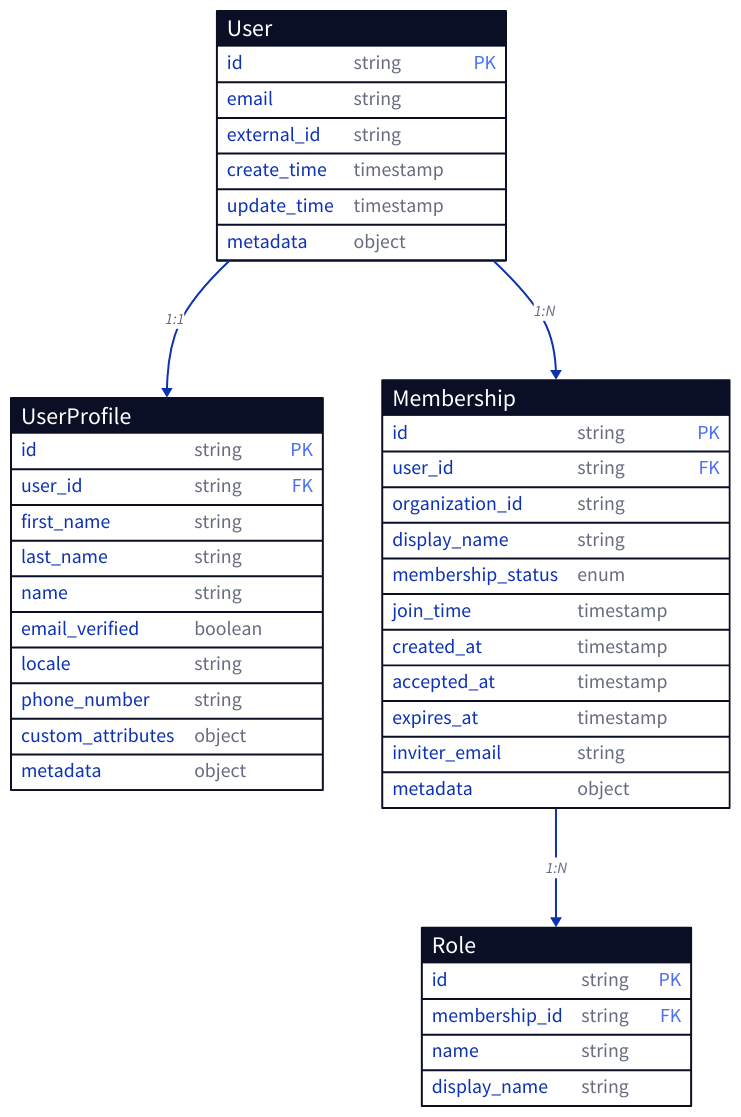
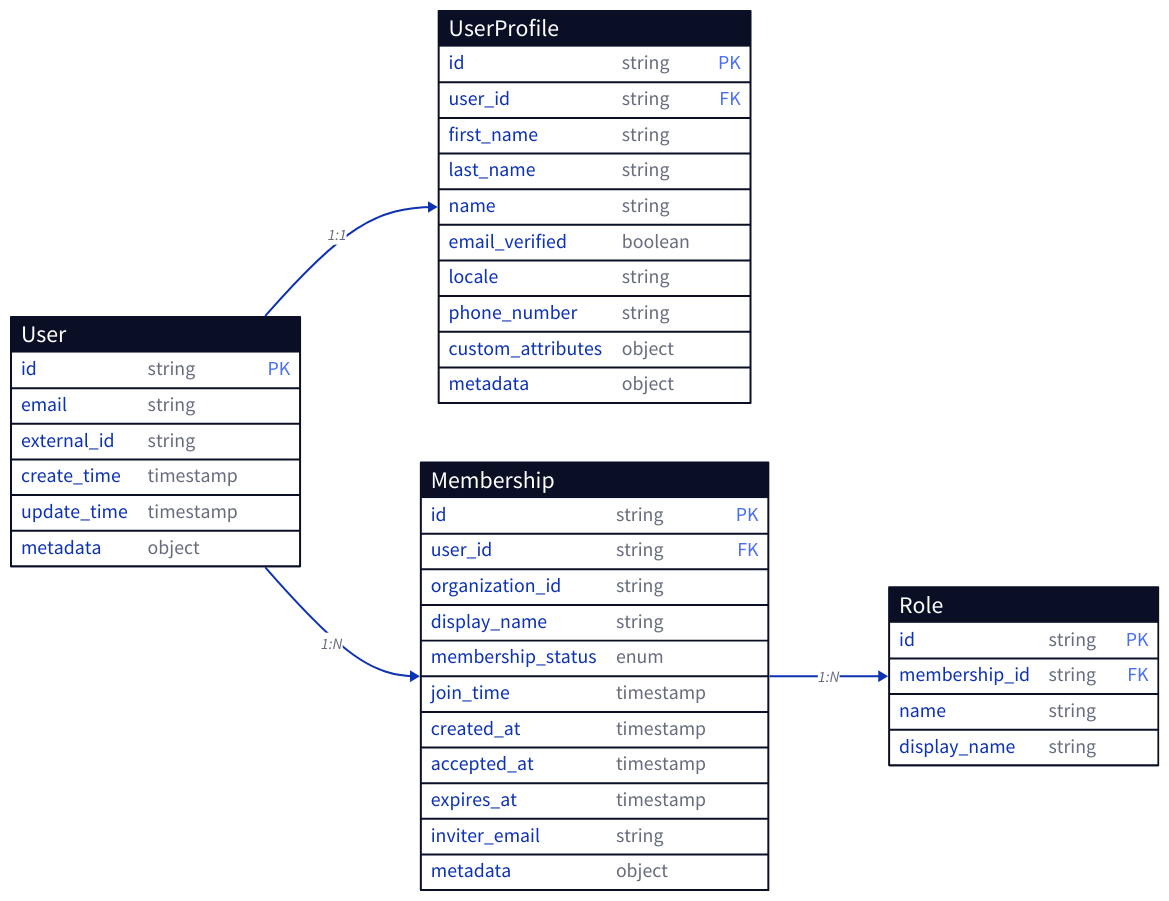
One commit to scalekit-inc/developer-docs changed the diagram in src/content/docs/fsa/guides/manage-users.mdx. Above: the diagram before and after it, drawn with D2. The commit also changed other lines of this file and 14 other files, not shown here.

Commit message:
chore: update SVG diagrams for user management and authentication flow, improving titles and layout for better clarity and consistency across guides

````diff
--- a/src/content/docs/fsa/guides/manage-users.mdx
+++ b/src/content/docs/fsa/guides/manage-users.mdx
@@ -34,65 +36,66 @@
 ```d2
+direction: right;
 
 User: {
   shape: sql_table
   id: string {constraint: PK}
   email: string
   external_id: string
   create_time: timestamp
   update_time: timestamp
   metadata: object
 }
 
 UserProfile: {
   shape: sql_table
   id: string {constraint: PK}
   user_id: string {constraint: FK}
   first_name: string
   last_name: string
   name: string
   email_verified: boolean
   locale: string
   phone_number: string
   custom_attributes: object
   metadata: object
 }
 
 Membership: {
   shape: sql_table
   id: string {constraint: PK}
   user_id: string {constraint: FK}
   organization_id: string
   display_name: string
   membership_status: enum
   join_time: timestamp
   created_at: timestamp
   accepted_at: timestamp
   expires_at: timestamp
   inviter_email: string
   metadata: object
 }
 
 Role: {
   shape: sql_table
   id: string {constraint: PK}
   membership_id: string {constraint: FK}
   name: string
   display_name: string
 }
 
 # Relationships
 User.id -> UserProfile.user_id: {
   label: "1:1"
   tooltip: "Each user has one profile containing personal details"
 }
 
 User.id -> Membership.user_id: {
   label: "1:N"
   tooltip: "Users can belong to multiple organizations simultaneously"
 }
 
 Membership.id -> Role.membership_id: {
   label: "1:N"
   tooltip: "Users can have different roles in each organization"
 }
 ```
````
